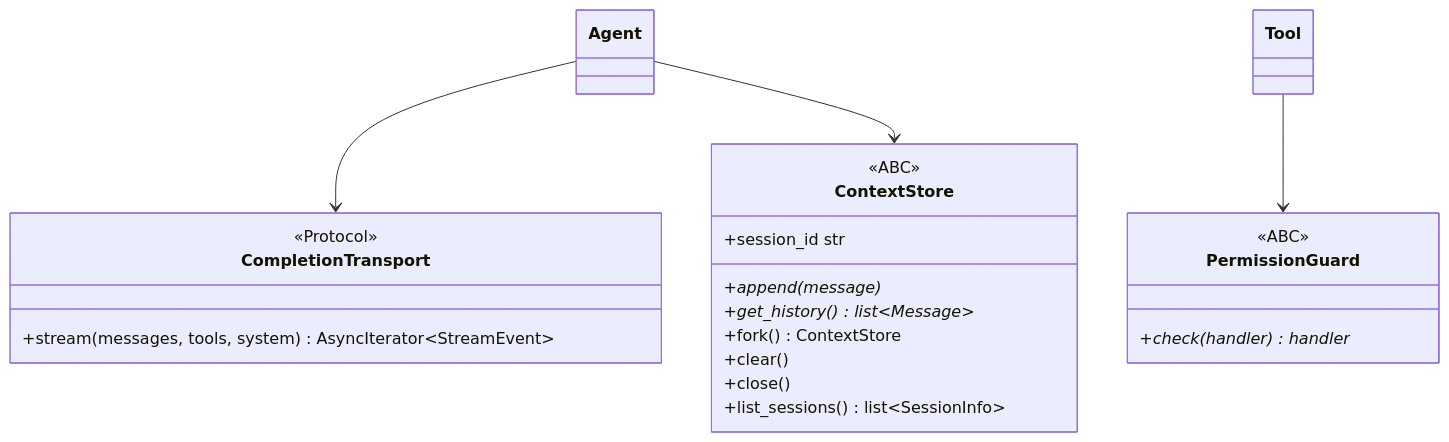
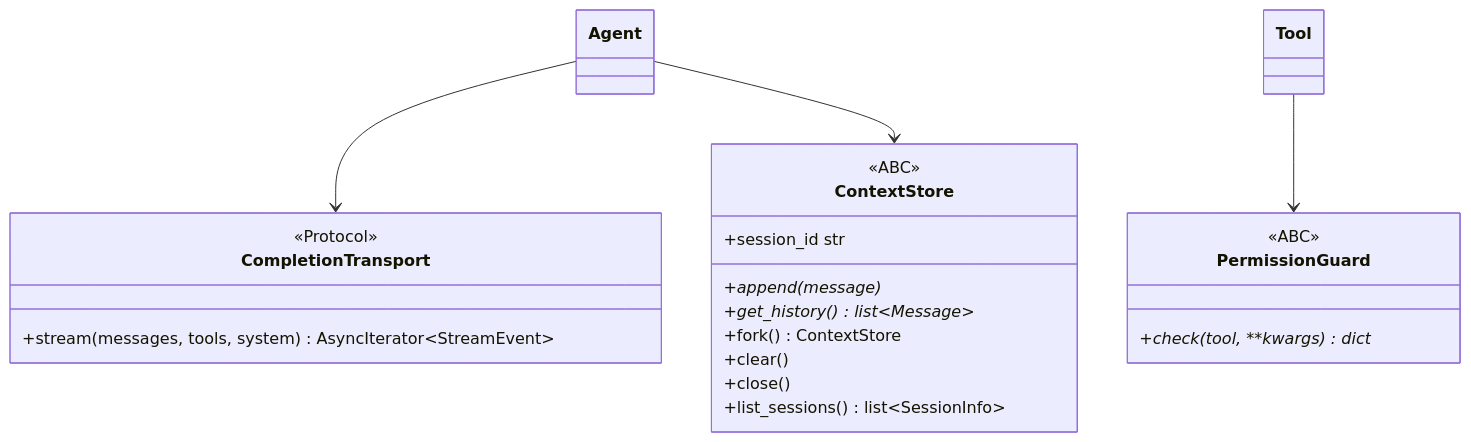
One commit to Alviner/axio-agent changed the diagram in docs/concepts/protocols.md. Above: the diagram before and after it, drawn with Mermaid. The commit also changed other lines of this file and 129 other files, not shown here.

````diff
--- a/docs/concepts/protocols.md
+++ b/docs/concepts/protocols.md
@@ -9,25 +9,25 @@
 ```{mermaid}
 classDiagram
     direction TB
     class CompletionTransport {
         <<Protocol>>
         +stream(messages, tools, system) AsyncIterator~StreamEvent~
     }
     class ContextStore {
         <<ABC>>
         +append(message)*
         +get_history() list~Message~*
         +session_id str
         +fork() ContextStore
         +clear()
         +close()
         +list_sessions() list~SessionInfo~
     }
     class PermissionGuard {
         <<ABC>>
-        +check(handler) handler*
+        +check(tool, **kwargs) dict*
     }
     Agent --> CompletionTransport
     Agent --> ContextStore
     Tool --> PermissionGuard
 ```
````
